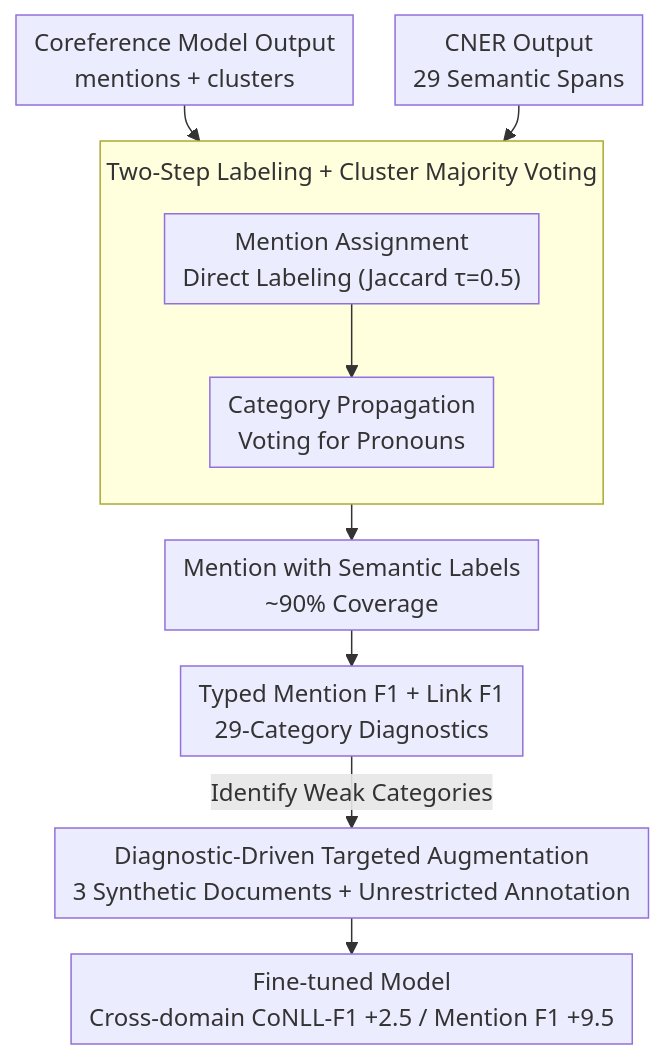
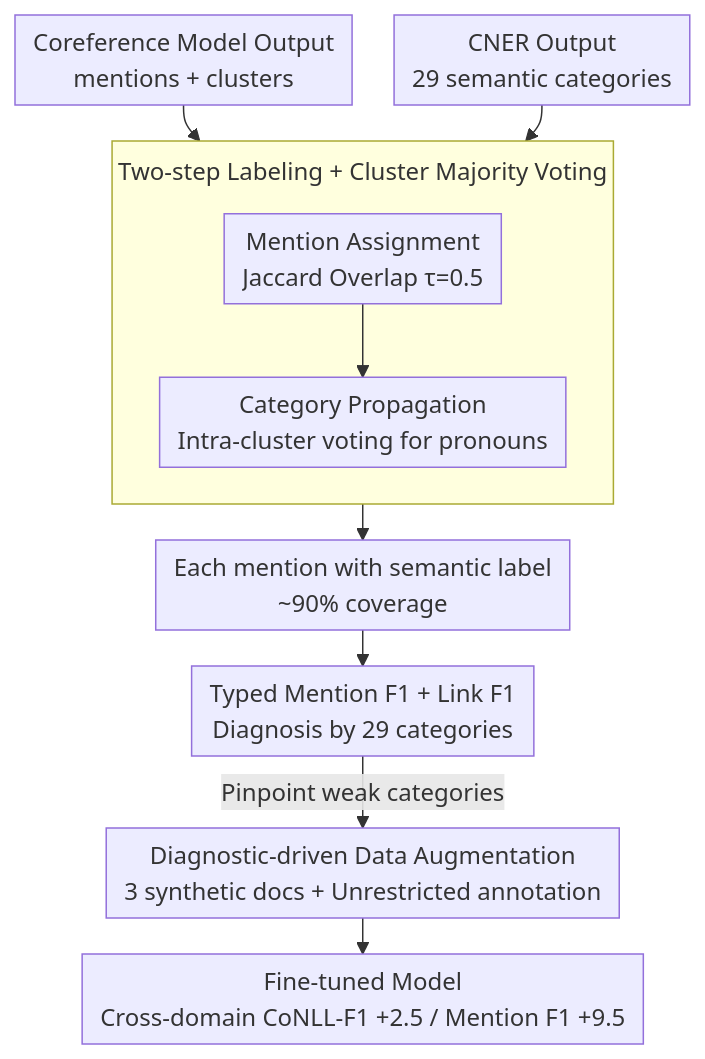
One commit to zhaoyang97/Paper-Notes-en changed the diagram in docs/ACL2026/interpretability/interpretable_coreference_resolution_evaluation_using_explicit_semantics.md. Above: the diagram before and after it, drawn with Mermaid. The commit also changed other lines of this file and 5084 other files, not shown here.

````diff
--- a/docs/ACL2026/interpretability/interpretable_coreference_resolution_evaluation_using_explicit_semantics.md
+++ b/docs/ACL2026/interpretability/interpretable_coreference_resolution_evaluation_using_explicit_semantics.md
@@ -45,14 +45,14 @@
 ```mermaid
 %%{init: {'flowchart': {'rankSpacing': 24, 'nodeSpacing': 28, 'padding': 6, 'wrappingWidth': 400, 'subGraphTitleMargin': {'top': 8, 'bottom': 16}}}}%%
 flowchart TD
     A["Coreference Model Output<br/>mentions + clusters"] --> S1
-    C["CNER Output<br/>29 Semantic Spans"] --> S1
-    subgraph S1["Two-Step Labeling + Cluster Majority Voting"]
+    C["CNER Output<br/>29 semantic categories"] --> S1
+    subgraph S1["Two-step Labeling + Cluster Majority Voting"]
         direction TB
-        B1["Mention Assignment<br/>Direct Labeling (Jaccard τ=0.5)"] --> B2["Category Propagation<br/>Voting for Pronouns"]
+        B1["Mention Assignment<br/>Jaccard Overlap τ=0.5"] --> B2["Category Propagation<br/>Intra-cluster voting for pronouns"]
     end
-    S1 --> D["Mention with Semantic Labels<br/>~90% Coverage"]
-    D --> E["Typed Mention F1 + Link F1<br/>29-Category Diagnostics"]
-    E -->|Identify Weak Categories| F["Diagnostic-Driven Targeted Augmentation<br/>3 Synthetic Documents + Unrestricted Annotation"]
+    S1 --> D["Each mention with semantic label<br/>~90% coverage"]
+    D --> E["Typed Mention F1 + Link F1<br/>Diagnosis by 29 categories"]
+    E -->|Pinpoint weak categories| F["Diagnostic-driven Data Augmentation<br/>3 synthetic docs + Unrestricted annotation"]
     F --> G["Fine-tuned Model<br/>Cross-domain CoNLL-F1 +2.5 / Mention F1 +9.5"]
 ```
````
